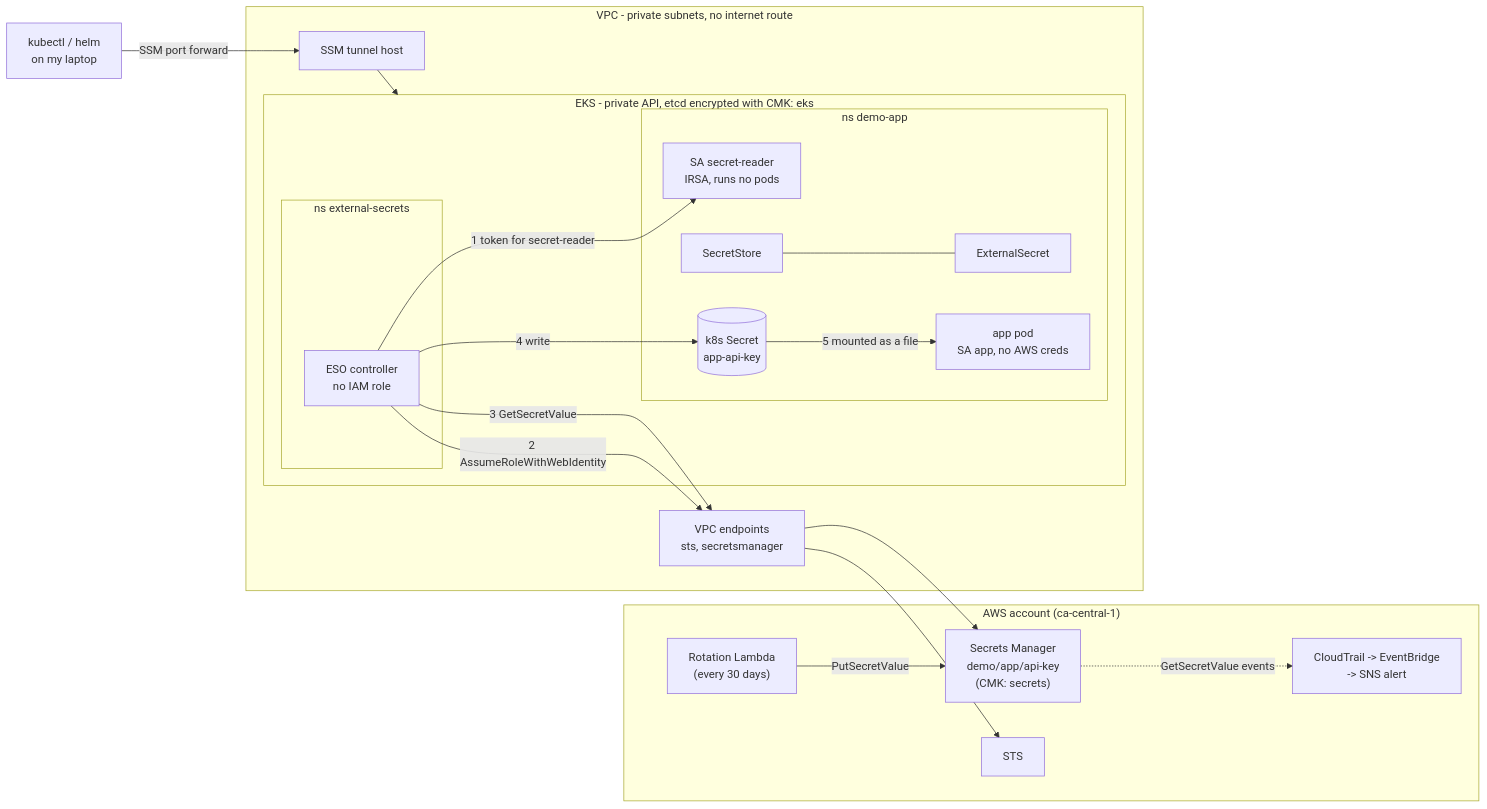
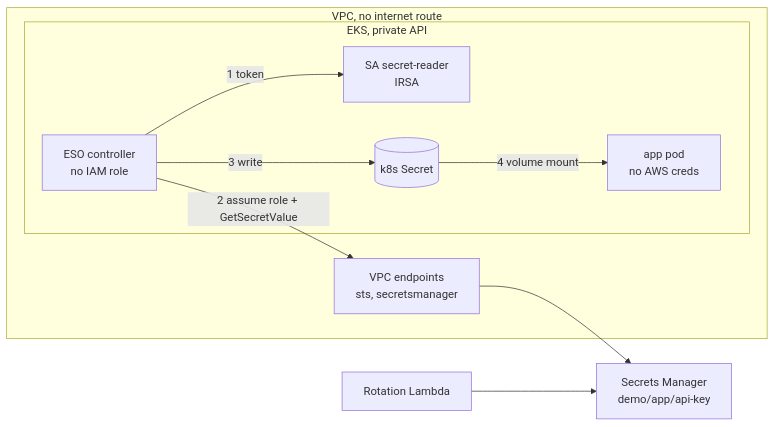
Before and after one commit to abukalam2909/EKS_ESO_PoC: the diagram in README.md, drawn with Mermaid. The commit also changed other lines of this file and 10 other files, not shown here.

````diff
--- a/README.md
+++ b/README.md
@@ -33,39 +19,18 @@
 ```mermaid
 flowchart LR
-  subgraph AWS["AWS account (ca-central-1)"]
-    SM["Secrets Manager<br/>demo/app/api-key<br/>(CMK: secrets)"]
-    STS[STS]
-    ROT["Rotation Lambda<br/>(every 30 days)"]
-    CT["CloudTrail -> EventBridge<br/>-> SNS alert"]
-    ROT -- PutSecretValue --> SM
-    SM -. GetSecretValue events .-> CT
+  SM["Secrets Manager<br/>demo/app/api-key"]
+  ROT["Rotation Lambda"] --> SM
+  subgraph VPC["VPC, no internet route"]
+    EP["VPC endpoints<br/>sts, secretsmanager"]
+    subgraph EKS["EKS, private API"]
+      CTRL["ESO controller<br/>no IAM role"]
+      SR["SA secret-reader<br/>IRSA"]
+      KS[("k8s Secret")]
+      POD["app pod<br/>no AWS creds"]
+    end
   end
-
-  subgraph VPC["VPC - private subnets, no internet route"]
-    EP["VPC endpoints<br/>sts, secretsmanager"]
-    subgraph EKS["EKS - private API, etcd encrypted with CMK: eks"]
-      subgraph ESO["ns external-secrets"]
-        CTRL["ESO controller<br/>no IAM role"]
-      end
-      subgraph APP["ns demo-app"]
-        SR["SA secret-reader<br/>IRSA, runs no pods"]
-        STORE["SecretStore"]
-        ES["ExternalSecret"]
-        KS[("k8s Secret<br/>app-api-key")]
-        POD["app pod<br/>SA app, no AWS creds"]
-      end
-    end
-    HOST["SSM tunnel host"]
-  end
-
-  LAPTOP["kubectl / helm<br/>on my laptop"] -- "SSM port forward" --> HOST
-  HOST --> EKS
-  STORE --- ES
-  CTRL -- "1 token for secret-reader" --> SR
-  CTRL -- "2 AssumeRoleWithWebIdentity" --> EP
-  EP --> STS
-  CTRL -- "3 GetSecretValue" --> EP
-  EP --> SM
-  CTRL -- "4 write" --> KS
-  KS -- "5 mounted as a file" --> POD
+  CTRL -- "1 token" --> SR
+  CTRL -- "2 assume role + GetSecretValue" --> EP --> SM
+  CTRL -- "3 write" --> KS
+  KS -- "4 volume mount" --> POD
 ```
````
